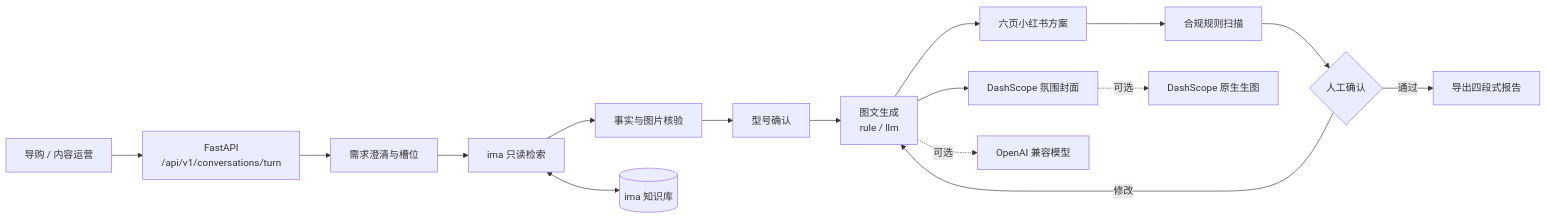
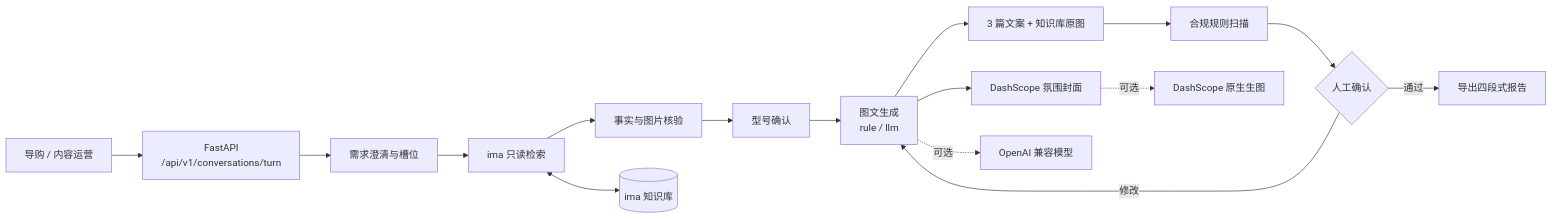
The diagram in README.md (Alaraby527/huawei-pc-marketing-agent), drawn with Mermaid before and after one commit. The commit also changed other lines of this file and 21 other files, not shown here.

````diff
--- a/README.md
+++ b/README.md
@@ -42,18 +45,18 @@
 ```mermaid
 flowchart LR
   U[导购 / 内容运营] --> API[FastAPI<br/>/api/v1/conversations/turn]
   API --> S[需求澄清与槽位]
   S --> R[ima 只读检索]
   R --> E[事实与图片核验]
   E --> P[型号确认]
   P --> C[图文生成<br/>rule / llm]
-  C --> P6[六页小红书方案]
+  C --> V[3 篇文案 + 知识库原图]
   C --> IMG[DashScope 氛围封面]
-  P6 --> A[合规规则扫描]
+  V --> A[合规规则扫描]
   A --> H{人工确认}
   H -->|通过| X[导出四段式报告]
   H -->|修改| C
   R <--> KB[(ima 知识库)]
   C -.可选.-> LLM[OpenAI 兼容模型]
   IMG -.可选.-> IMGAPI[DashScope 原生生图]
 ```
````
